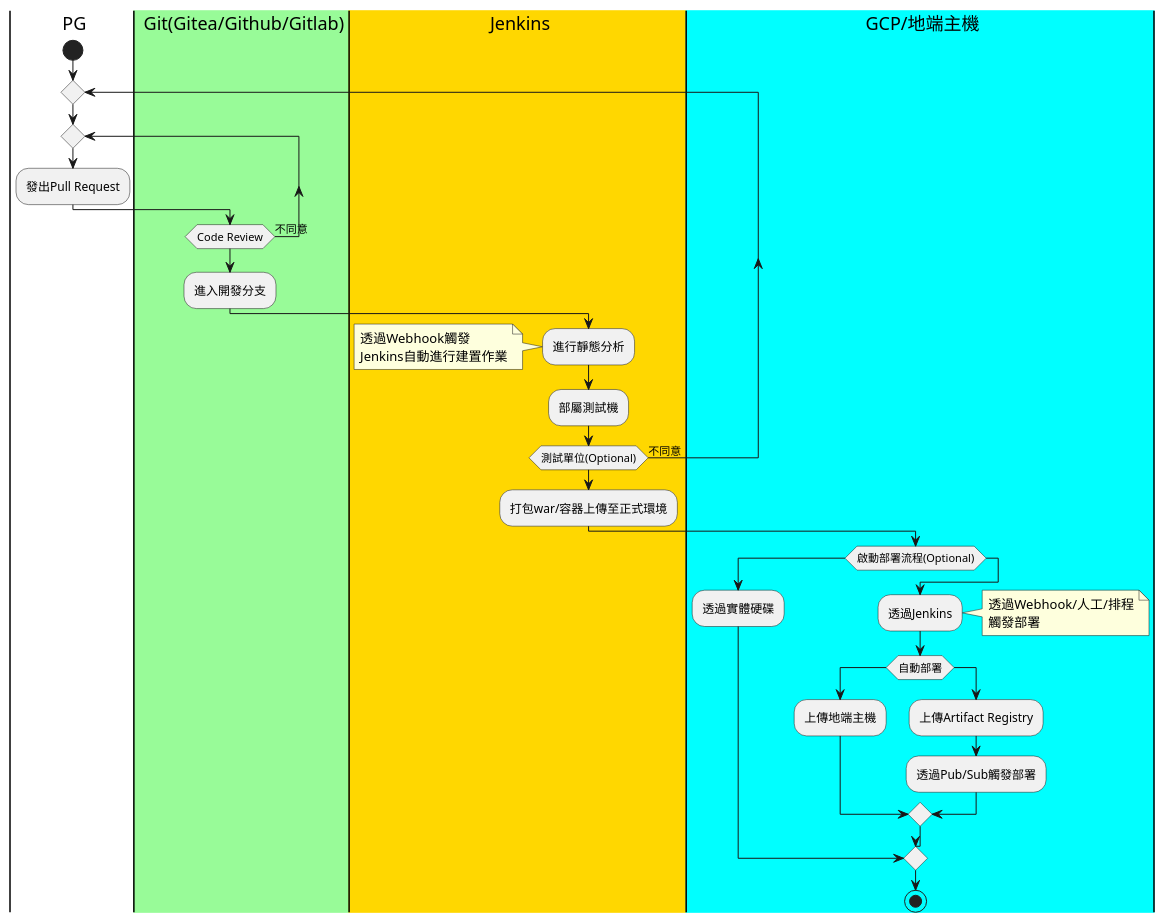
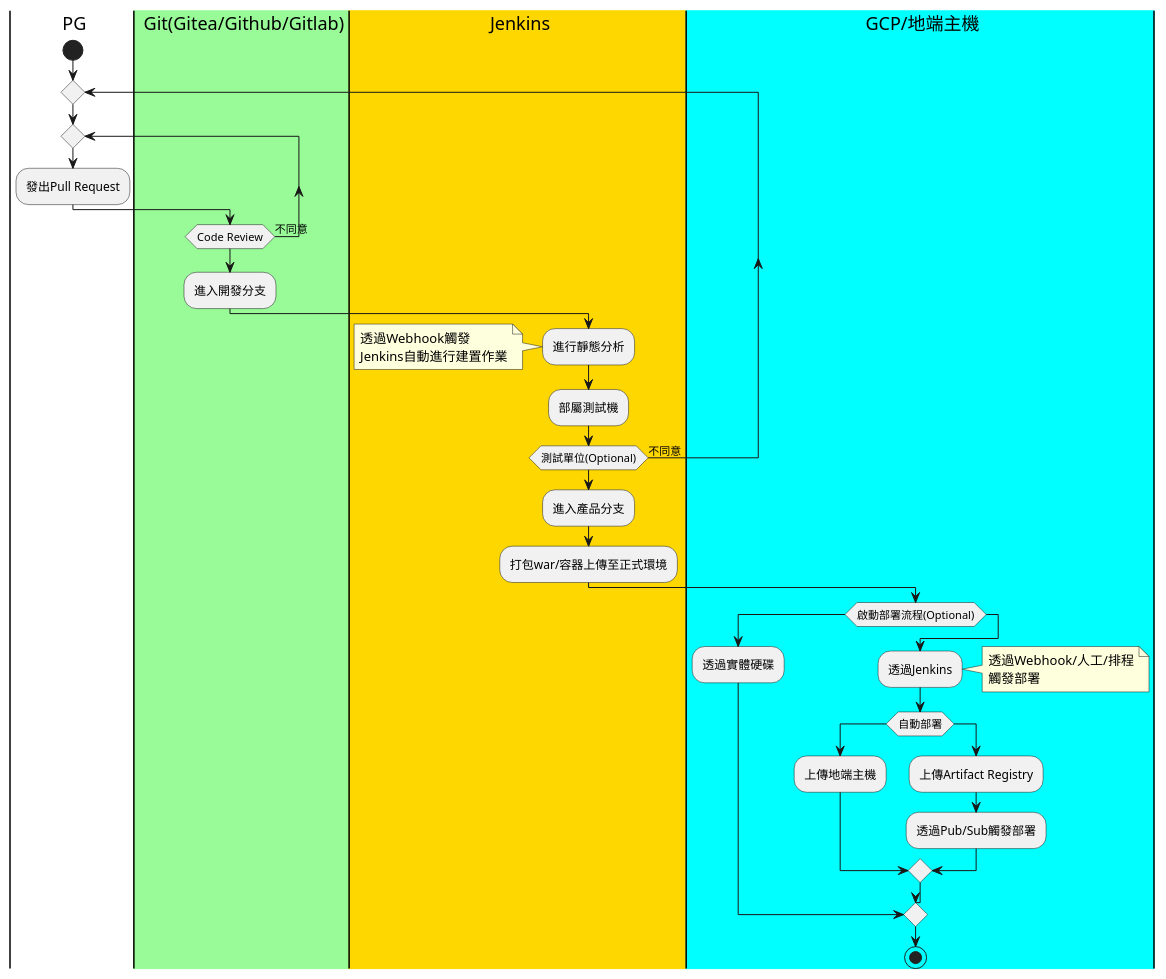
One commit to kido6115/spring-boot-series changed the diagram in doc/asciidoc/flow/cicd-flow.puml. Above: the diagram before and after it, drawn with PlantUML. The commit also changed 16 other files, not shown here.

```diff
--- a/doc/asciidoc/flow/cicd-flow.puml
+++ b/doc/asciidoc/flow/cicd-flow.puml
@@ -1,44 +1,45 @@
 @startuml
 |a| PG
 |#palegreen|b| Git(Gitea/Github/Gitlab)
 |#gold|c| Jenkins
 |#cyan|d| GCP/地端主機
 |a|
 start
 repeat
 repeat
 :發出Pull Request;
 |b|
 repeat while (Code Review) is (不同意)
 :進入開發分支;
 |c|
 :進行靜態分析;
 note left
     透過Webhook觸發
     Jenkins自動進行建置作業
 end note
 :部屬測試機;
 repeat while (測試單位(Optional)) is (不同意)
+:進入產品分支;
+:打包war/容器上傳至正式環境;
 
-:打包war/容器上傳至正式環境;
 |d|
 switch (啟動部署流程(Optional))
 case ()
   :透過實體硬碟;
 case ()
   :透過Jenkins;
   note right
   透過Webhook/人工/排程
   觸發部署
   end note
   switch (自動部署)
   case ()
     :上傳地端主機;
   case ()
     :上傳Artifact Registry;
     :透過Pub/Sub觸發部署;
   endswitch
 endswitch
 
 stop
 @enduml
```
